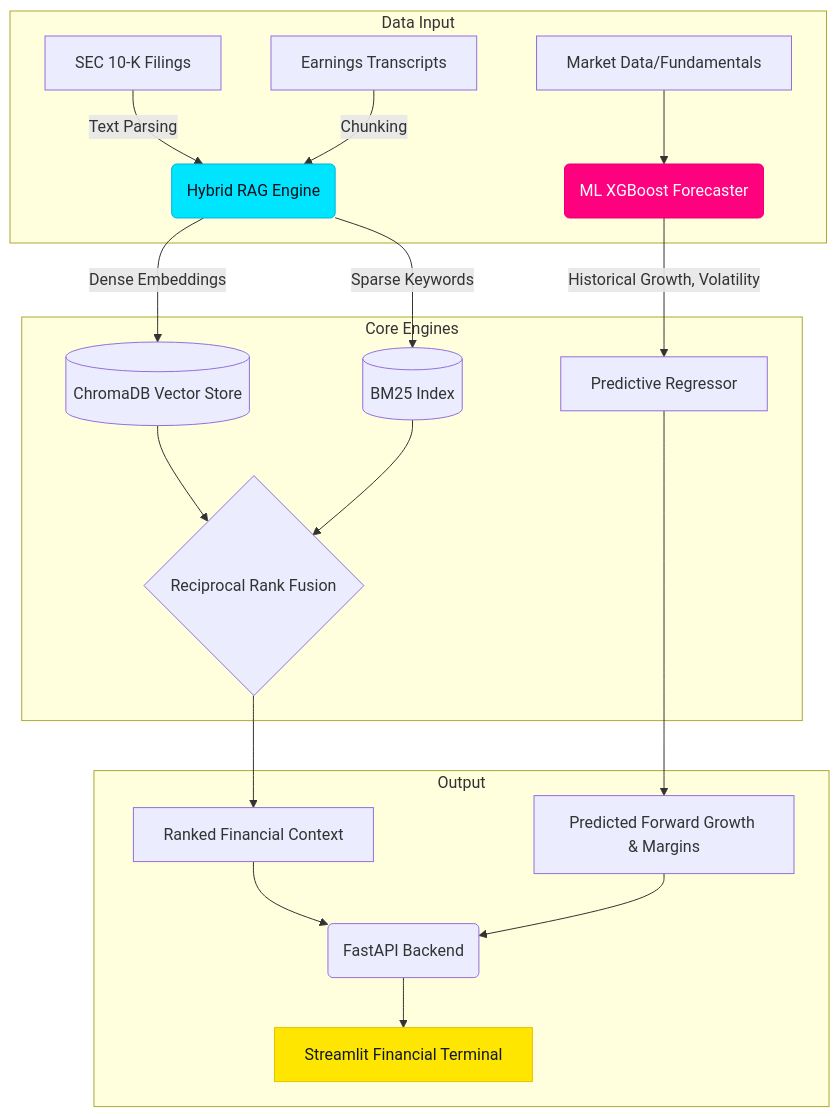
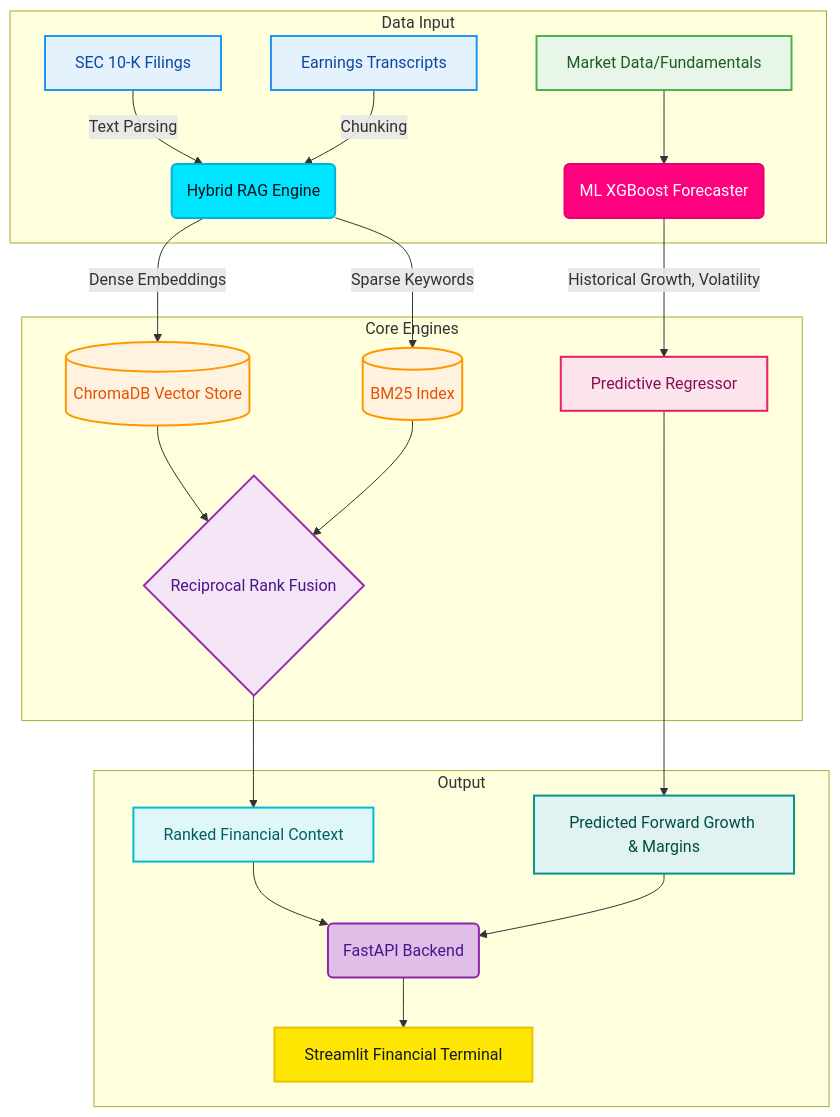
Before and after one commit to N-PCs/deal.ml: the first of 5 diagrams in BENCHMARKS.md, drawn with Mermaid. The commit also changed other lines of this file, not shown here.

Commit message:
Fix formatting and update benchmarks in BENCHMARKS.md

````diff
--- a/BENCHMARKS.md
+++ b/BENCHMARKS.md
@@ -13,28 +13,42 @@
 ```mermaid
 graph TD
     subgraph Data Input
         A[SEC 10-K Filings] --> |Text Parsing| C(Hybrid RAG Engine)
         B[Earnings Transcripts] --> |Chunking| C
         M[Market Data/Fundamentals] --> N(ML XGBoost Forecaster)
     end
-    
+
     subgraph Core Engines
         C --> |Dense Embeddings| D[(ChromaDB Vector Store)]
         C --> |Sparse Keywords| E[(BM25 Index)]
         D --> F{Reciprocal Rank Fusion}
         E --> F
         N --> |Historical Growth, Volatility| O[Predictive Regressor]
     end
-    
+
     subgraph Output
         F --> G[Ranked Financial Context]
         O --> P[Predicted Forward Growth & Margins]
         G --> H(FastAPI Backend)
         P --> H
         H --> Z[Streamlit Financial Terminal]
     end
+
+    %% Bright Pastel & Neon Styling for Maximum Contrast
+    style A fill:#E3F2FD,stroke:#2196F3,stroke-width:2px,color:#0D47A1
+    style B fill:#E3F2FD,stroke:#2196F3,stroke-width:2px,color:#0D47A1
+    style M fill:#E8F5E9,stroke:#4CAF50,stroke-width:2px,color:#1B5E20
     
-    style C fill:#00E5FF,stroke:#00B4D8,color:#0B0F19
-    style N fill:#FF007F,stroke:#E60070,color:#FFFFFF
-    style Z fill:#FFE600,stroke:#E6C200,color:#111827
+    style C fill:#00E5FF,stroke:#00B4D8,stroke-width:2px,color:#0B0F19
+    style D fill:#FFF3E0,stroke:#FF9800,stroke-width:2px,color:#E65100
+    style E fill:#FFF3E0,stroke:#FF9800,stroke-width:2px,color:#E65100
+    style F fill:#F3E5F5,stroke:#9C27B0,stroke-width:2px,color:#4A148C
+    style N fill:#FF007F,stroke:#E60070,stroke-width:2px,color:#FFFFFF
+    style O fill:#FCE4EC,stroke:#E91E63,stroke-width:2px,color:#880E4F
+
+    style G fill:#E0F7FA,stroke:#00BCD4,stroke-width:2px,color:#006064
+    style P fill:#E0F2F1,stroke:#009688,stroke-width:2px,color:#004D40
+    style H fill:#E1BEE7,stroke:#8E24AA,stroke-width:2px,color:#4A148C
+    style Z fill:#FFE600,stroke:#E6C200,stroke-width:2px,color:#111827
+
 ```
````
